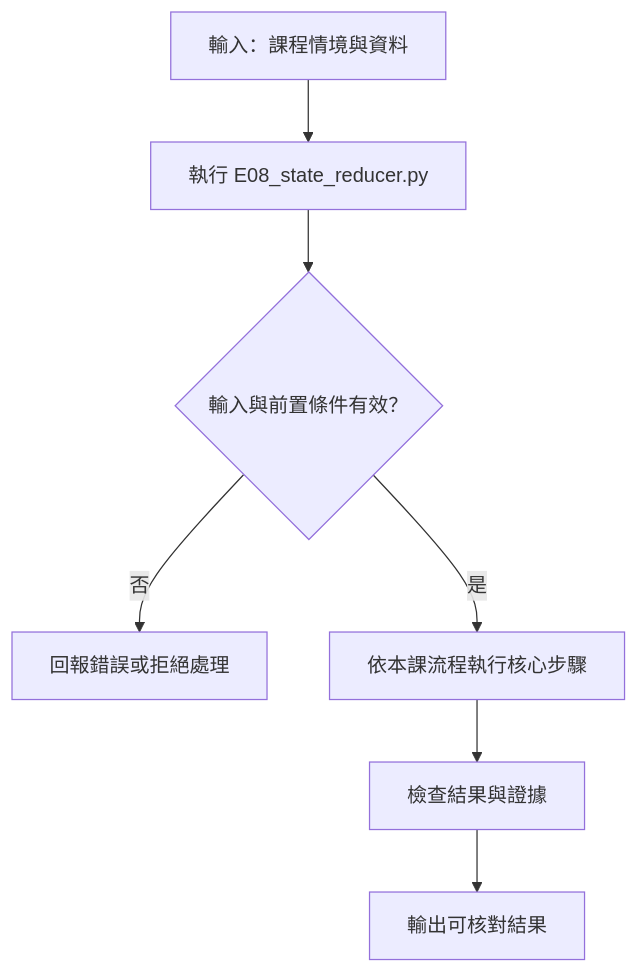
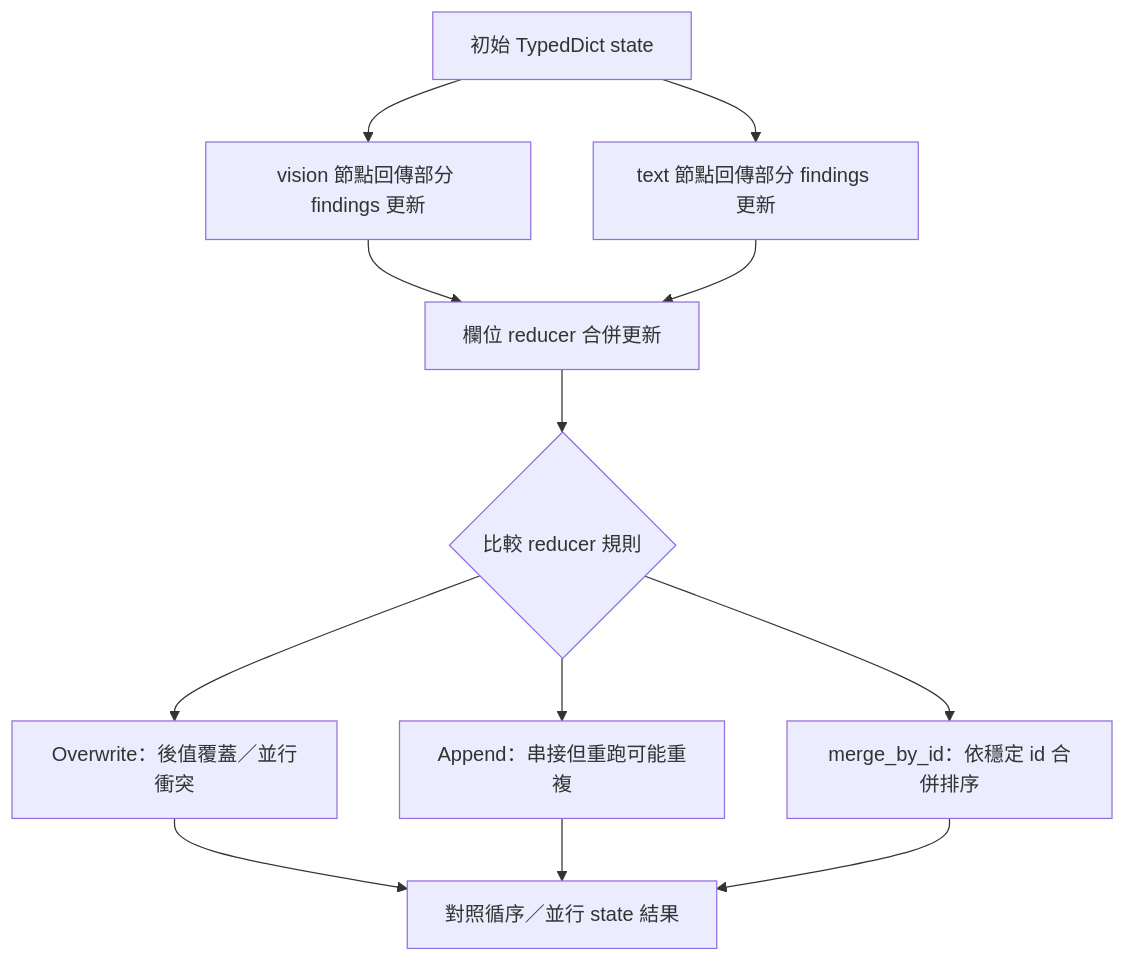
One commit to 4-learn/LLM-demo changed the diagram in 30-state-reducer.md. Above: the diagram before and after it, drawn with Mermaid. The commit also changed other lines of this file and 66 other files, not shown here.

Commit message:
[pm] docs: expand lesson diagrams and fix course mapping (#17)

````diff
--- a/30-state-reducer.md
+++ b/30-state-reducer.md
@@ -10,9 +10,14 @@
 ```mermaid
 flowchart TD
-    A[輸入：課程情境與資料] --> B[執行 E08_state_reducer.py]
-    B --> C{輸入與前置條件有效？}
-    C -- 否 --> D[回報錯誤或拒絕處理]
-    C -- 是 --> E[依本課流程執行核心步驟]
-    E --> F[檢查結果與證據]
-    F --> G[輸出可核對結果]
+    A[初始 TypedDict state] --> B[vision 節點回傳部分 findings 更新]
+    A --> C[text 節點回傳部分 findings 更新]
+    B --> D[欄位 reducer 合併更新]
+    C --> D
+    D --> E{比較 reducer 規則}
+    E --> F[Overwrite：後值覆蓋／並行衝突]
+    E --> G[Append：串接但重跑可能重複]
+    E --> H[merge_by_id：依穩定 id 合併排序]
+    F --> I[對照循序／並行 state 結果]
+    G --> I
+    H --> I
 ```
````
